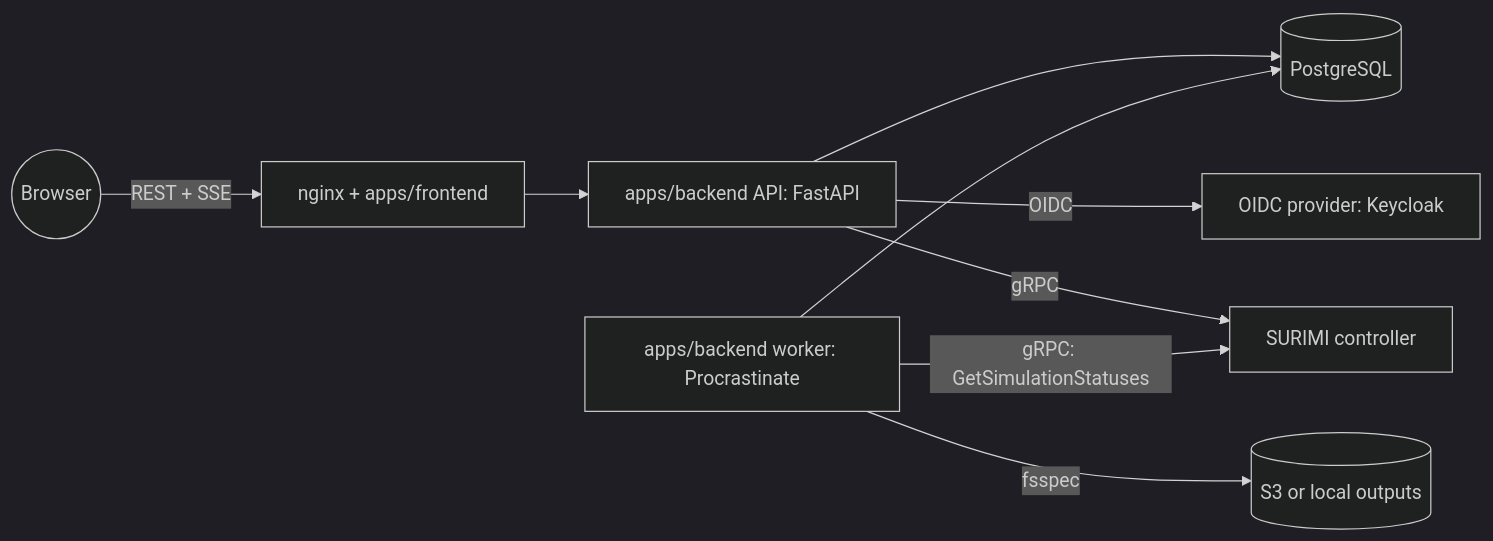
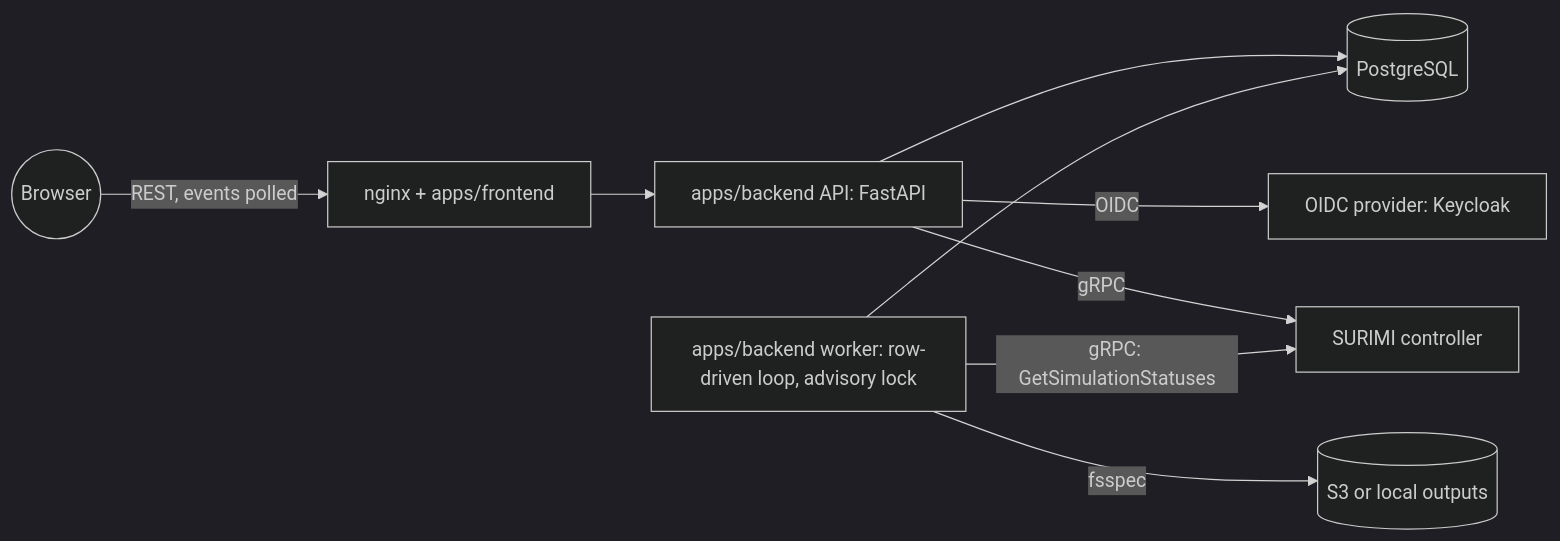
One commit to SURIMI-Project/SURIMI-modelgui changed the diagram in docs/plans/2026-11-03-monorepo-and-backend.md. Above: the diagram before and after it, drawn with Mermaid (dark theme). The commit also changed other lines of this file and 215 other files, not shown here.

````diff
--- a/docs/plans/2026-11-03-monorepo-and-backend.md
+++ b/docs/plans/2026-11-03-monorepo-and-backend.md
@@ -76,18 +76,18 @@
 ```mermaid
 flowchart LR
     browser(("Browser"))
     nginx["nginx + apps/frontend"]
     api["apps/backend API: FastAPI"]
-    worker["apps/backend worker: Procrastinate"]
+    worker["apps/backend worker: row-driven loop, advisory lock"]
     db[("PostgreSQL")]
     kc["OIDC provider: Keycloak"]
     ctrl["SURIMI controller"]
     store[("S3 or local outputs")]
-    browser -->|"REST + SSE"| nginx --> api
+    browser -->|"REST, events polled"| nginx --> api
     api --> db
     worker --> db
     api -->|OIDC| kc
     api -->|gRPC| ctrl
     worker -->|"gRPC: GetSimulationStatuses"| ctrl
     worker -->|fsspec| store
 ```
````
